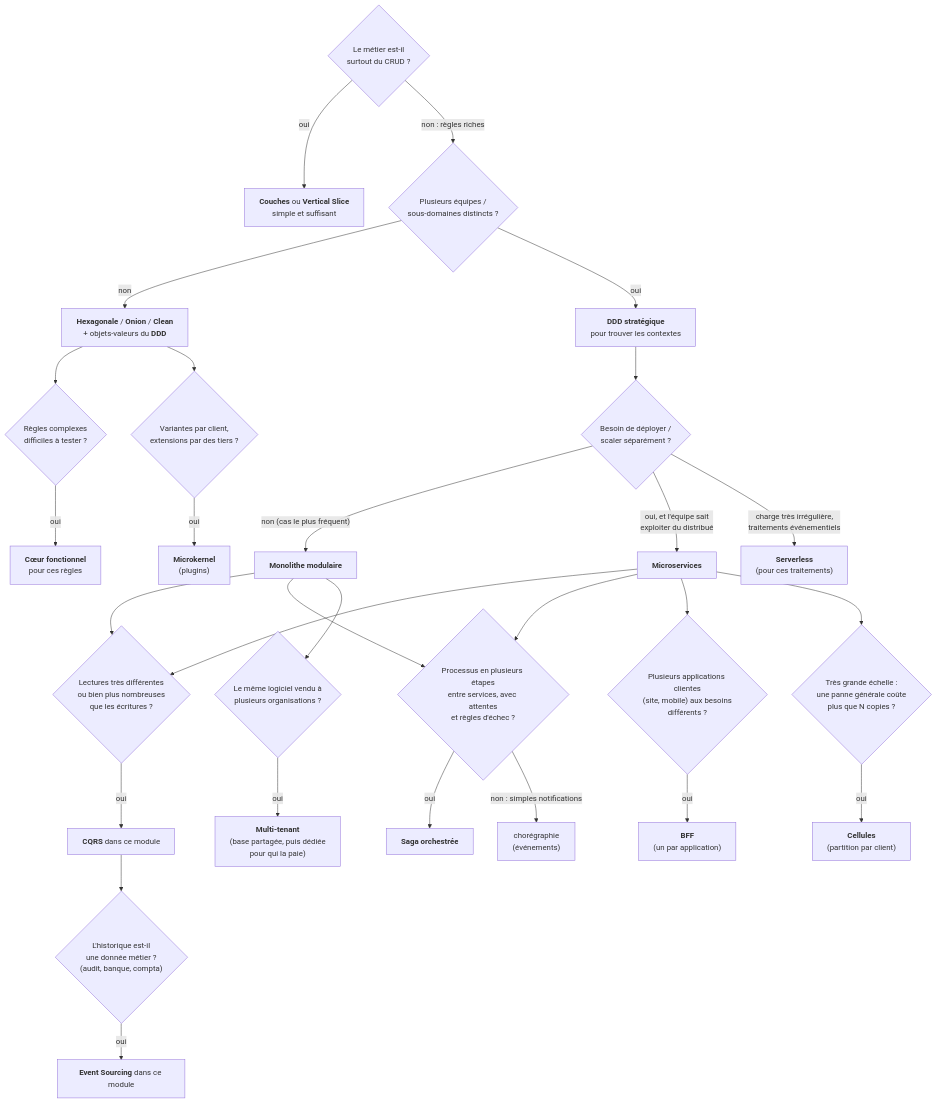
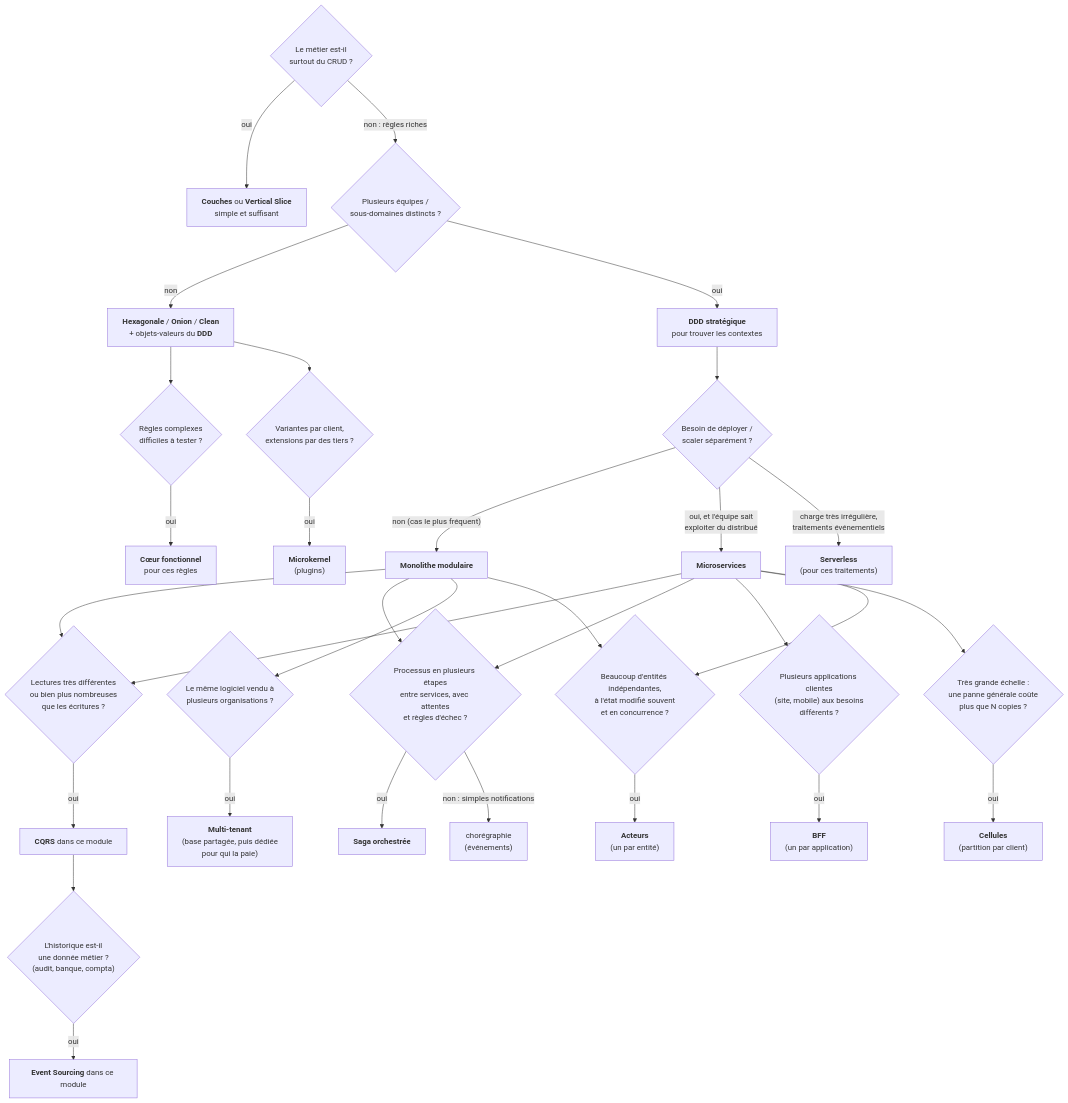
The third of 4 diagrams in Docs/README.md (drangoht/ArchitecturesDemo), drawn with Mermaid before and after one commit. The commit also changed other lines of this file and 30 other files, not shown here.

````diff
--- a/Docs/README.md
+++ b/Docs/README.md
@@ -108,30 +110,33 @@
 ```mermaid
 flowchart TD
     A{"Le métier est-il<br/>surtout du CRUD ?"} -->|oui| B["<b>Couches</b> ou <b>Vertical Slice</b><br/>simple et suffisant"]
     A -->|"non : règles riches"| C{"Plusieurs équipes /<br/>sous-domaines distincts ?"}
     C -->|non| D["<b>Hexagonale</b> / <b>Onion</b> / <b>Clean</b><br/>+ objets-valeurs du <b>DDD</b>"]
     C -->|oui| E["<b>DDD stratégique</b><br/>pour trouver les contextes"]
     E --> F{"Besoin de déployer /<br/>scaler séparément ?"}
     F -->|"non (cas le plus fréquent)"| G["<b>Monolithe modulaire</b>"]
     F -->|"oui, et l'équipe sait<br/>exploiter du distribué"| H["<b>Microservices</b>"]
     F -->|"charge très irrégulière,<br/>traitements événementiels"| S["<b>Serverless</b><br/>(pour ces traitements)"]
     G --> I{"Lectures très différentes<br/>ou bien plus nombreuses<br/>que les écritures ?"}
     H --> I
     I -->|oui| J["<b>CQRS</b> dans ce module"]
     J --> K{"L'historique est-il<br/>une donnée métier ?<br/>(audit, banque, compta)"}
     K -->|oui| L["<b>Event Sourcing</b> dans ce module"]
     D --> M{"Règles complexes<br/>difficiles à tester ?"}
     M -->|oui| N["<b>Cœur fonctionnel</b><br/>pour ces règles"]
     D --> P{"Variantes par client,<br/>extensions par des tiers ?"}
     P -->|oui| Q["<b>Microkernel</b><br/>(plugins)"]
     H --> T{"Processus en plusieurs étapes<br/>entre services, avec attentes<br/>et règles d'échec ?"}
     G --> T
     T -->|oui| U["<b>Saga orchestrée</b>"]
     T -->|"non : simples notifications"| V["chorégraphie<br/>(événements)"]
     G --> W{"Le même logiciel vendu à<br/>plusieurs organisations ?"}
     W -->|oui| X["<b>Multi-tenant</b><br/>(base partagée, puis dédiée<br/>pour qui la paie)"]
     H --> Y{"Plusieurs applications clientes<br/>(site, mobile) aux besoins<br/>différents ?"}
     Y -->|oui| Z["<b>BFF</b><br/>(un par application)"]
     H --> CA{"Très grande échelle :<br/>une panne générale coûte<br/>plus que N copies ?"}
     CA -->|oui| CB["<b>Cellules</b><br/>(partition par client)"]
+    G --> AC{"Beaucoup d'entités indépendantes,<br/>à l'état modifié souvent<br/>et en concurrence ?"}
+    H --> AC
+    AC -->|oui| AD["<b>Acteurs</b><br/>(un par entité)"]
 ```
````
